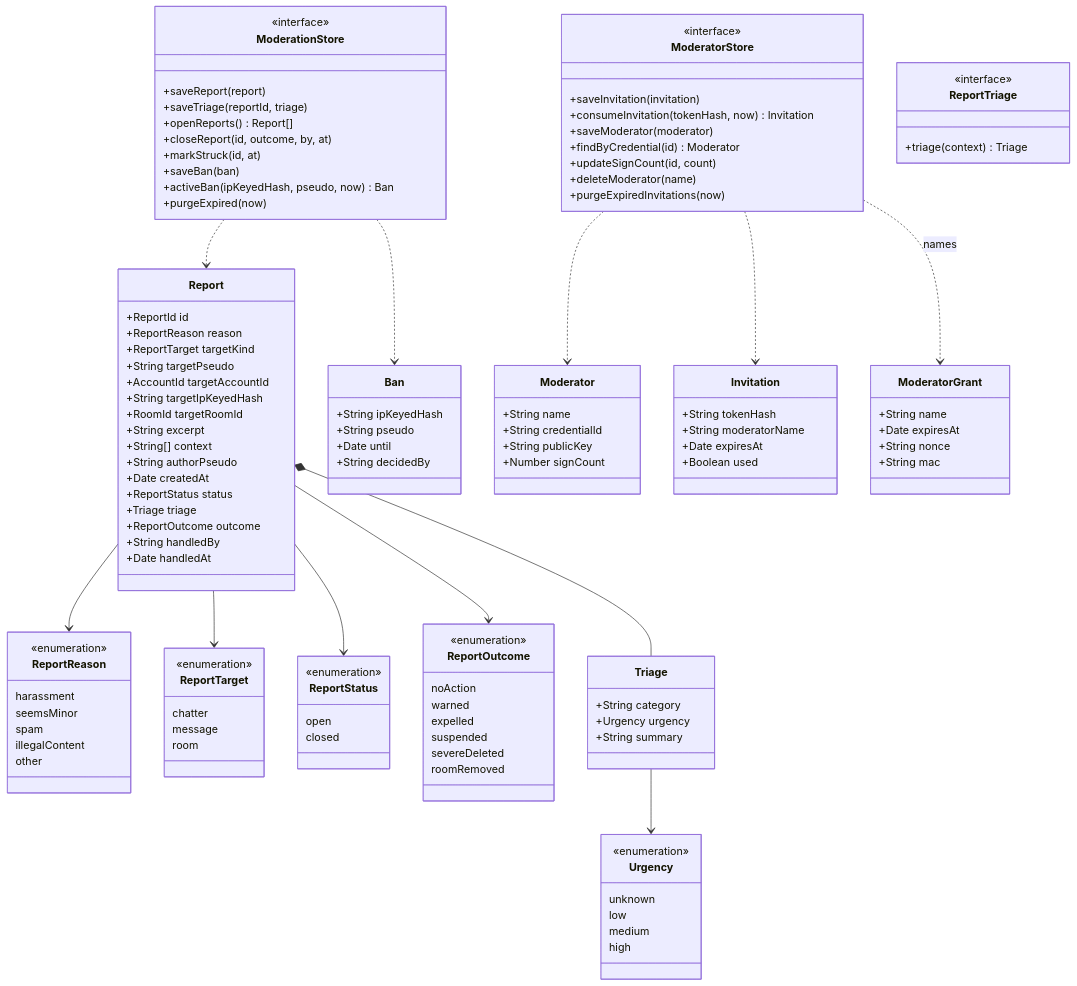
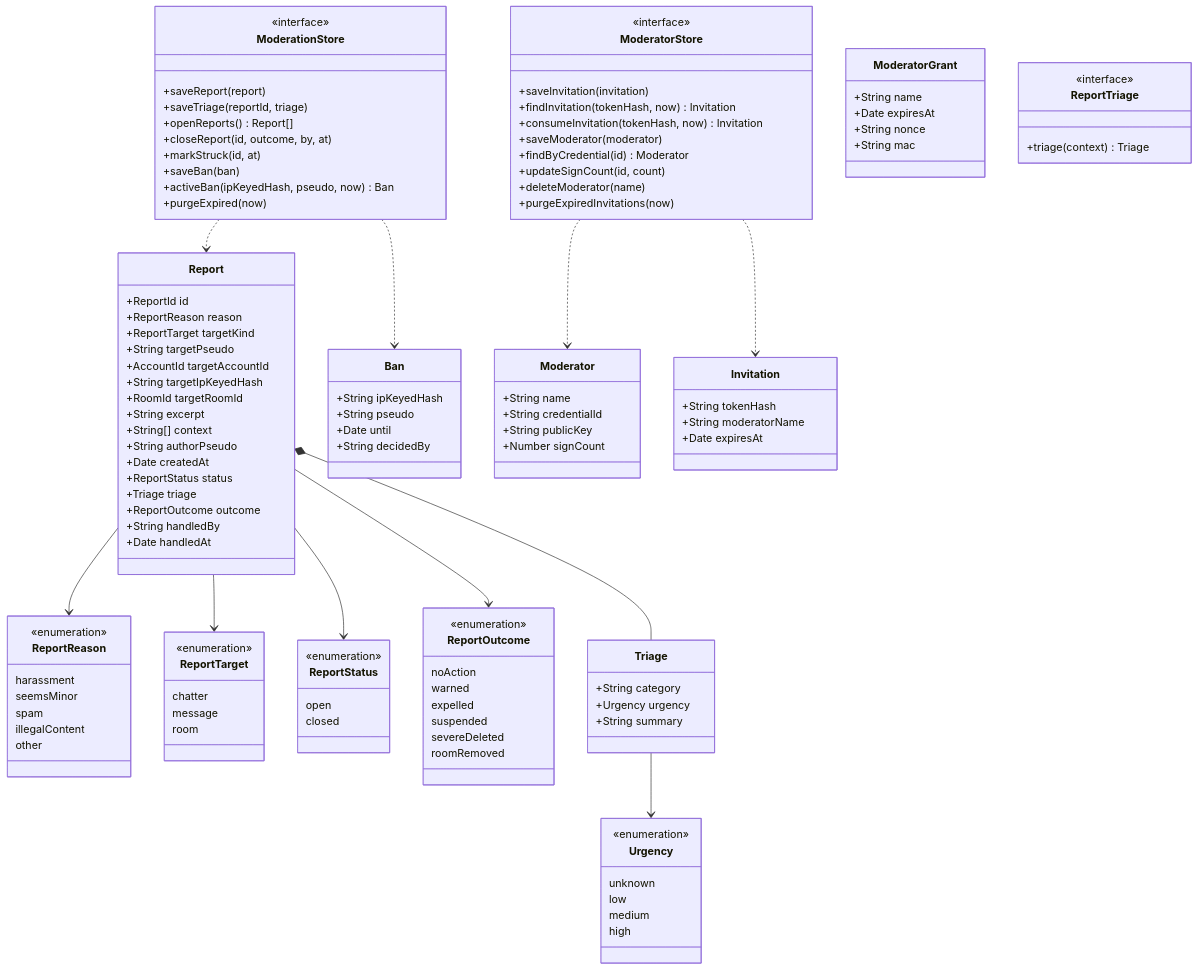
One commit to benoit-bremaud/asv changed the diagram in docs/architecture/diagrams/moderation/04-class.md. Above: the diagram before and after it, drawn with Mermaid. The commit also changed other lines of this file and 14 other files, not shown here.

````diff
--- a/docs/architecture/diagrams/moderation/04-class.md
+++ b/docs/architecture/diagrams/moderation/04-class.md
@@ -87,7 +87,6 @@
     +String tokenHash
     +String moderatorName
     +Date expiresAt
-    +Boolean used
   }
   class ModerationStore {
     <<interface>>
@@ -103,6 +102,7 @@
   class ModeratorStore {
     <<interface>>
     +saveInvitation(invitation)
+    +findInvitation(tokenHash, now) Invitation
     +consumeInvitation(tokenHash, now) Invitation
     +saveModerator(moderator)
     +findByCredential(id) Moderator
@@ -130,5 +130,4 @@
   ModerationStore ..> Ban
   ModeratorStore ..> Moderator
   ModeratorStore ..> Invitation
-  ModeratorStore ..> ModeratorGrant : names
 ```
````
